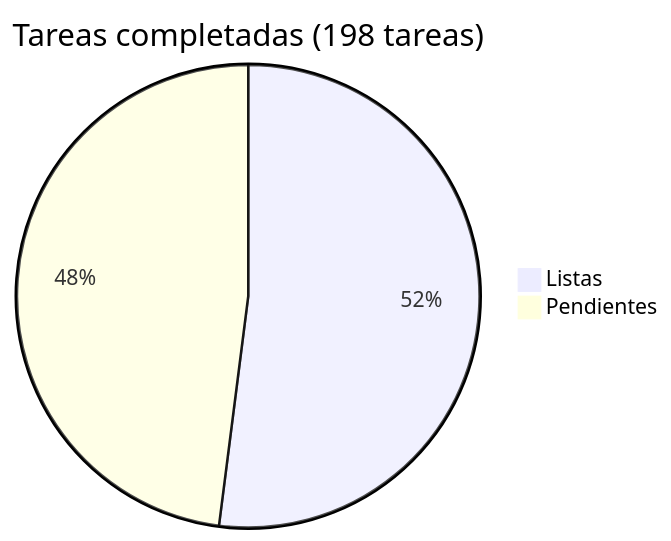
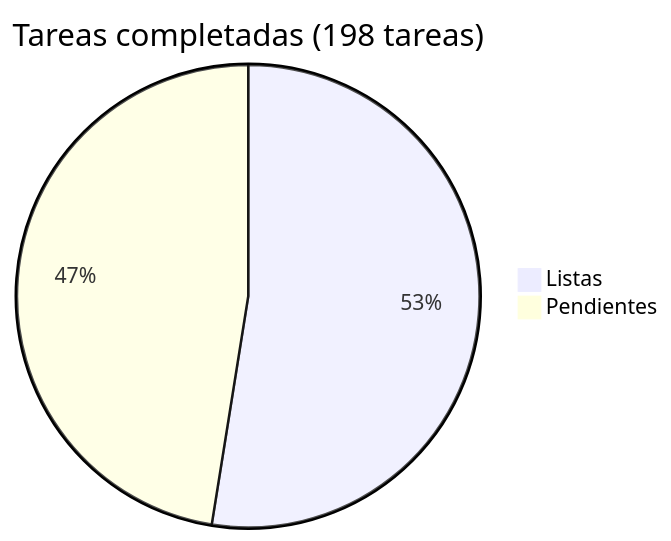
Before and after one commit to araguaney-lat/araguaney: the diagram in docs/roadmap/README.md, drawn with Mermaid. The commit also changed other lines of this file and 4 other files, not shown here.

````diff
--- a/docs/roadmap/README.md
+++ b/docs/roadmap/README.md
@@ -5,5 +5,5 @@
 ```mermaid
 pie title Tareas completadas (198 tareas)
-    "Listas" : 103
-    "Pendientes" : 95
+    "Listas" : 104
+    "Pendientes" : 94
 ```
````
